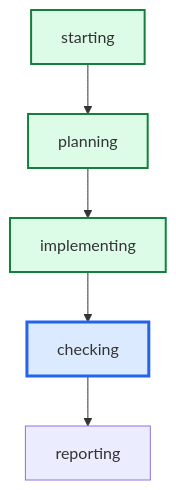
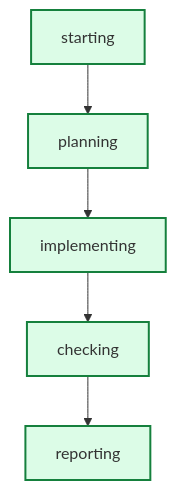
Before and after one commit to daniell0gda/hermes-feature-check-dashboard: the diagram in latest/graph.mmd, drawn with Mermaid. The commit also changed 57 other files, not shown here.

```diff
--- a/latest/graph.mmd
+++ b/latest/graph.mmd
@@ -1,13 +1,14 @@
 graph TD
     starting --> planning
     planning --> implementing
     implementing --> checking
     checking --> reporting
 
 classDef done fill:#dcfce7,stroke:#15803d,stroke-width:2px;
 classDef active fill:#dbeafe,stroke:#2563eb,stroke-width:3px;
 classDef failed fill:#fee2e2,stroke:#b42318,stroke-width:2px;
-class checking active;
+class starting done;
+class reporting done;
+class planning done;
 class implementing done;
-class planning done;
-class starting done;
+class checking done;
```
